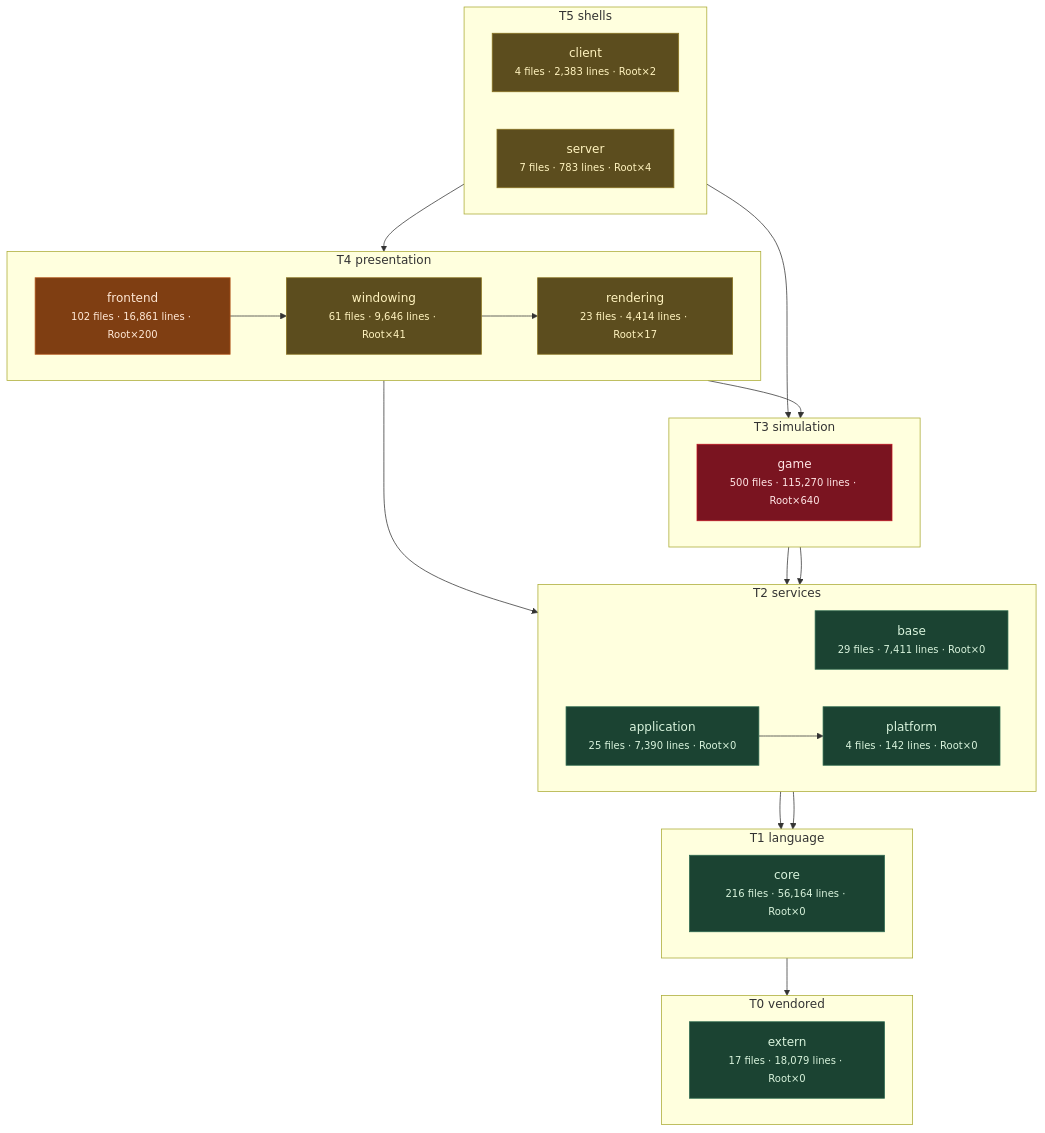
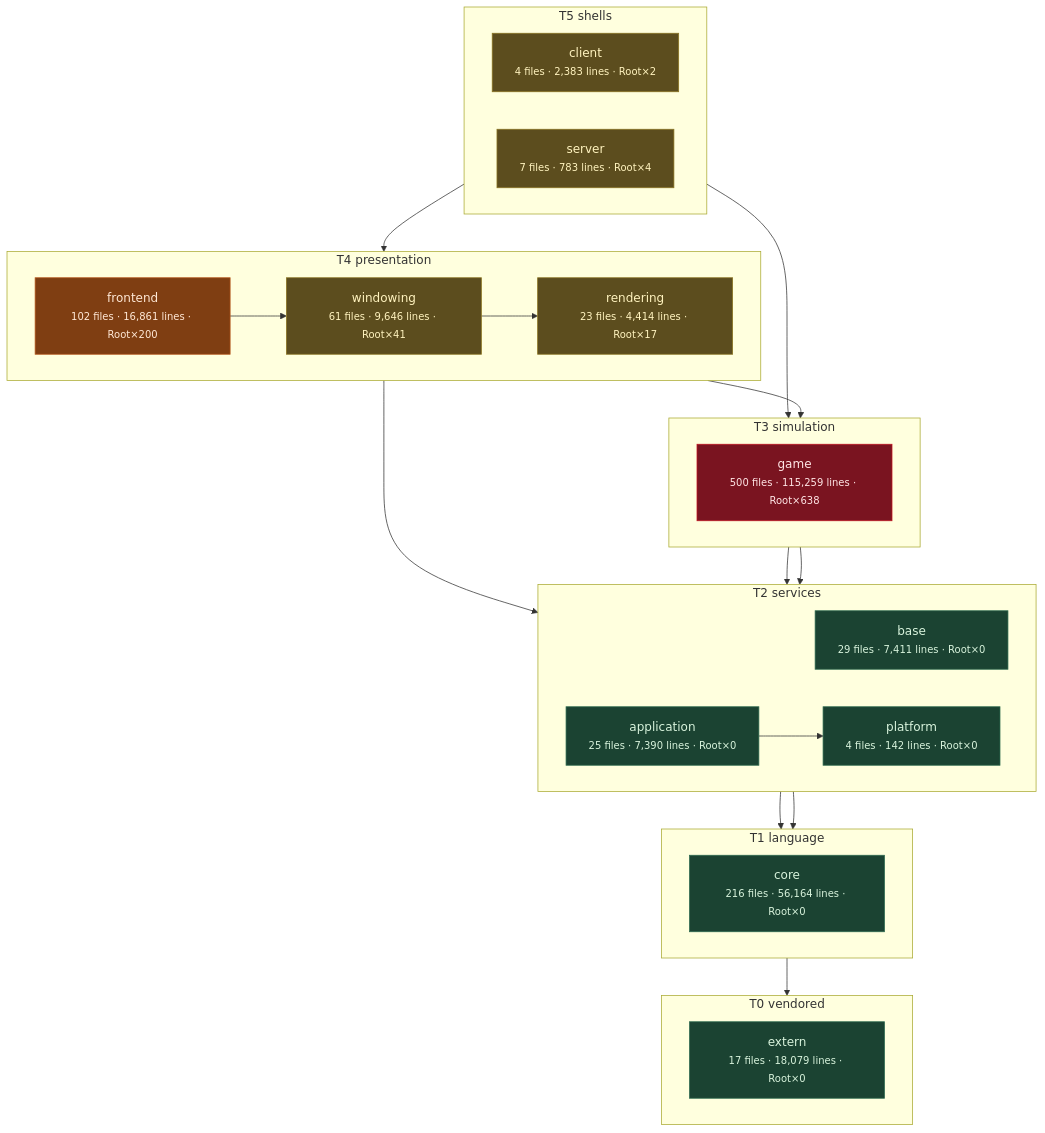
One commit to apnex/OpenStarbound changed the third of 11 diagrams in docs/architecture/system-boundaries.md. Above: the diagram before and after it, drawn with Mermaid. The commit also changed other lines of this file and 2 other files, not shown here.

````diff
--- a/docs/architecture/system-boundaries.md
+++ b/docs/architecture/system-boundaries.md
@@ -270,52 +270,52 @@
 ```mermaid
 flowchart TD
   subgraph T0["T0 vendored"]
     direction LR
     extern["extern<br/><small>17 files · 18,079 lines · Root×0</small>"]
   end
   subgraph T1["T1 language"]
     direction LR
     core["core<br/><small>216 files · 56,164 lines · Root×0</small>"]
   end
   subgraph T2["T2 services"]
     direction LR
     base["base<br/><small>29 files · 7,411 lines · Root×0</small>"]
     platform["platform<br/><small>4 files · 142 lines · Root×0</small>"]
     application["application<br/><small>25 files · 7,390 lines · Root×0</small>"]
   end
   subgraph T3["T3 simulation"]
     direction LR
-    game["game<br/><small>500 files · 115,270 lines · Root×640</small>"]
+    game["game<br/><small>500 files · 115,259 lines · Root×638</small>"]
   end
   subgraph T4["T4 presentation"]
     direction LR
     rendering["rendering<br/><small>23 files · 4,414 lines · Root×17</small>"]
     windowing["windowing<br/><small>61 files · 9,646 lines · Root×41</small>"]
     frontend["frontend<br/><small>102 files · 16,861 lines · Root×200</small>"]
   end
   subgraph T5["T5 shells"]
     direction LR
     client["client<br/><small>4 files · 2,383 lines · Root×2</small>"]
     server["server<br/><small>7 files · 783 lines · Root×4</small>"]
   end
   core --> extern
   base --> core
   platform --> core
   application --> platform
   game --> base
   game --> platform
   rendering --> application
   rendering --> game
   windowing --> rendering
   frontend --> windowing
   client --> frontend
   server --> game
   classDef clean fill:#1b4332,stroke:#2d6a4f,color:#d8f3dc
   classDef warm  fill:#5c4d1e,stroke:#8a7420,color:#fff3bf
   classDef hot   fill:#7f3e12,stroke:#b5561b,color:#ffe8d6
   classDef blaze fill:#7a1420,stroke:#c1121f,color:#ffe5e5
   class extern,core,base,platform,application clean
   class rendering,windowing,client,server warm
   class frontend hot
   class game blaze
 ```
````
